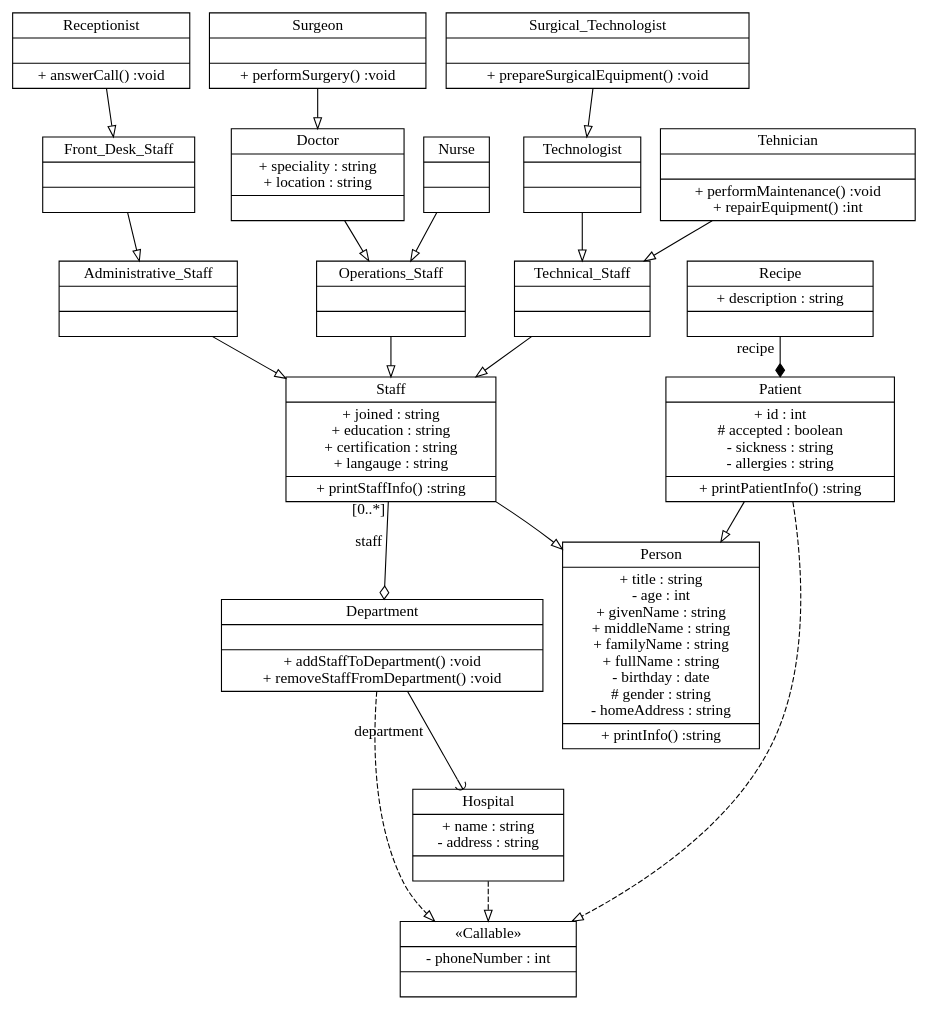
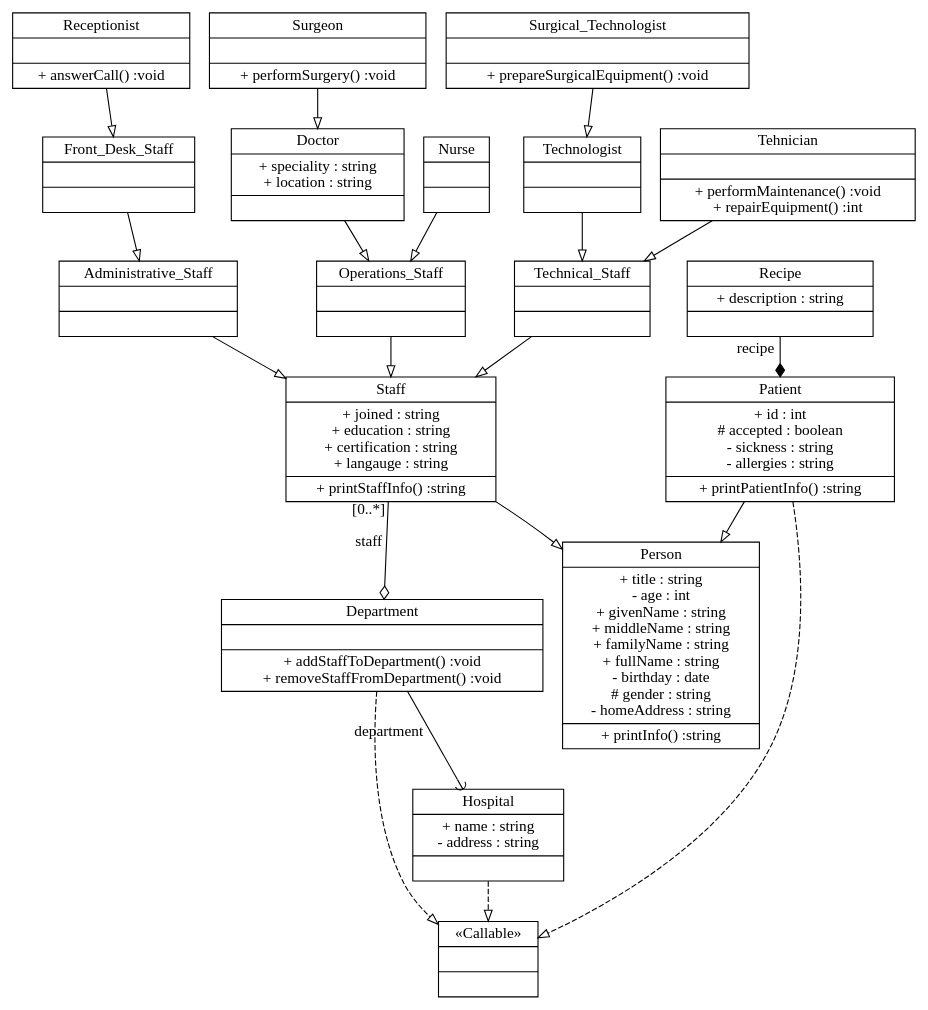
Before and after one commit to kovascmate/onlab: the diagram in graph_viz.dot, drawn with Graphviz. The commit also changed 9 other files, not shown here.

```diff
--- a/graph_viz.dot
+++ b/graph_viz.dot
@@ -1,96 +1,96 @@
 digraph ClassDiagram { node [ shape = "record"] edge [ arrowhead = "empty"]
 Receptionist [ label = "{Receptionist||+ answerCall() :void\n }"]
 Operations_Staff [ label = "{Operations_Staff|| }"]
 Front_Desk_Staff [ label = "{Front_Desk_Staff|| }"]
 Recipe [ label = "{Recipe|+ description : string\n| }"]
 Staff [ label = "{Staff|+ joined : string\n+ education : string\n+ certification : string\n+ langauge : string\n|+ printStaffInfo() :string\n }"]
 Patient [ label = "{Patient|+ id : int\n# accepted : boolean\n- sickness : string\n- allergies : string\n|+ printPatientInfo() :string\n }"]
 Doctor [ label = "{Doctor|+ speciality : string\n+ location : string\n| }"]
 Surgeon [ label = "{Surgeon||+ performSurgery() :void\n }"]
 Surgical_Technologist [ label = "{Surgical_Technologist||+ prepareSurgicalEquipment() :void\n }"]
-Callable[ label = "{«Callable»|- phoneNumber : int\n| }"]
+Callable[ label = "{«Callable»|| }"]
 Department [ label = "{Department||+ addStaffToDepartment() :void\n+ removeStaffFromDepartment() :void\n }"]
 Administrative_Staff [ label = "{Administrative_Staff|| }"]
 Technical_Staff [ label = "{Technical_Staff|| }"]
 Technologist [ label = "{Technologist|| }"]
 Hospital [ label = "{Hospital|+ name : string\n- address : string\n| }"]
 Tehnician [ label = "{Tehnician||+ performMaintenance() :void\n+ repairEquipment() :int\n }"]
 Person [ label = "{Person|+ title : string\n- age : int\n+ givenName : string\n+ middleName : string\n+ familyName : string\n+ fullName : string\n- birthday : date\n# gender : string\n- homeAddress : string\n|+ printInfo() :string\n }"]
 Nurse [ label = "{Nurse|| }"]
-edge [
-	arrowhead = "empty"
-	]
-Operations_Staff->Staff[xlabel=" "]
-edge [
-	arrowhead = "empty"
-	]
-Tehnician->Technical_Staff[xlabel=" "]
-edge [
-	arrowhead = "empty"
-	]
-Technologist->Technical_Staff[xlabel=" "]
-edge [
-	arrowhead = "empty"
-	]
-Receptionist->Front_Desk_Staff[xlabel=" "]
-edge [
-	arrowhead = "empty"
-	]
-Surgeon->Doctor[xlabel=" "]
-edge [
-	arrowhead = "empty"
-	]
-Surgical_Technologist->Technologist[xlabel=" "]
-edge [
-	arrowhead = "empty"
-	]
-Staff->Person[xlabel=" "]
-edge [
-	arrowhead = "empty"
-	]
-Administrative_Staff->Staff[xlabel=" "]
-edge [
-	arrowhead = "empty"
-	]
-Nurse->Operations_Staff[xlabel=" "]
-edge [
-	arrowhead = "empty"
-	]
-Doctor->Operations_Staff[xlabel=" "]
-edge [
-	arrowhead = "empty" style=dashed
-	]
-Hospital->Callable[xlabel=" "]
-edge [
-	arrowhead = "curve"  style = filled
-	]
-Department->Hospital[xlabel="department"][taillabel=""]
 edge [
 	arrowhead = "empty"
 	]
 Patient->Person[xlabel=" "]
 edge [
 	arrowhead = "empty" style=dashed
 	]
 Patient->Callable[xlabel=" "]
 edge [
 	arrowhead = "diamond"  style = filled
 	]
 Recipe->Patient[xlabel="recipe"][taillabel=""]
 edge [
 	arrowhead = "empty"
 	]
+Doctor->Operations_Staff[xlabel=" "]
+edge [
+	arrowhead = "empty"
+	]
+Surgical_Technologist->Technologist[xlabel=" "]
+edge [
+	arrowhead = "empty"
+	]
+Operations_Staff->Staff[xlabel=" "]
+edge [
+	arrowhead = "empty"
+	]
+Surgeon->Doctor[xlabel=" "]
+edge [
+	arrowhead = "empty"
+	]
+Administrative_Staff->Staff[xlabel=" "]
+edge [
+	arrowhead = "empty"
+	]
 Front_Desk_Staff->Administrative_Staff[xlabel=" "]
+edge [
+	arrowhead = "empty"
+	]
+Technical_Staff->Staff[xlabel=" "]
+edge [
+	arrowhead = "empty" style=dashed
+	]
+Hospital->Callable[xlabel=" "]
+edge [
+	arrowhead = "curve"  style = filled
+	]
+Department->Hospital[xlabel="department"][taillabel=""]
+edge [
+	arrowhead = "empty"
+	]
+Staff->Person[xlabel=" "]
+edge [
+	arrowhead = "empty"
+	]
+Tehnician->Technical_Staff[xlabel=" "]
+edge [
+	arrowhead = "empty"
+	]
+Receptionist->Front_Desk_Staff[xlabel=" "]
 edge [
 	arrowhead = "empty" style=dashed
 	]
 Department->Callable[xlabel=" "]
 edge [
 	arrowhead = "odiamond" style = filled
 	]
 Staff->Department[xlabel="staff"][taillabel="[0..*]"]
 edge [
 	arrowhead = "empty"
 	]
-Technical_Staff->Staff[xlabel=" "]
+Technologist->Technical_Staff[xlabel=" "]
+edge [
+	arrowhead = "empty"
+	]
+Nurse->Operations_Staff[xlabel=" "]
 }
```
